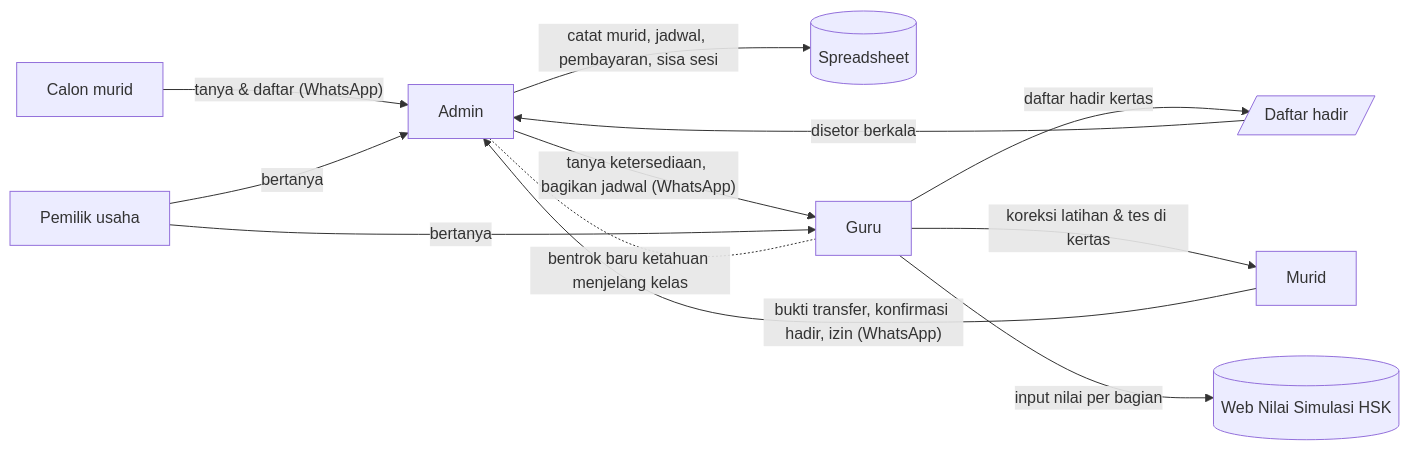
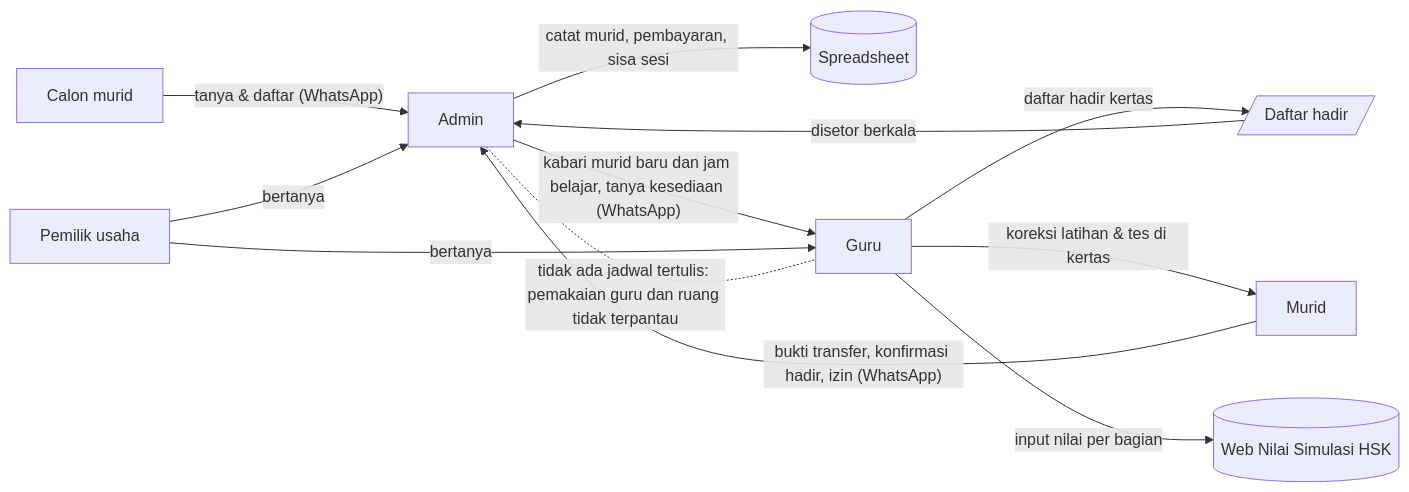
Before and after one commit to lightningxian/chinese-tracker: the first of 4 diagrams in docs/thesis/BAB_III_PROSES_BISNIS.md, drawn with Mermaid. The commit also changed other lines of this file and 8 other files, not shown here.

````diff
--- a/docs/thesis/BAB_III_PROSES_BISNIS.md
+++ b/docs/thesis/BAB_III_PROSES_BISNIS.md
@@ -170,15 +158,15 @@
 ```mermaid
-%% Alat bantu menggambar Gambar 3.5 (bukan isi buku)
+%% Alat bantu menggambar Gambar 3.4 (bukan isi buku)
 flowchart LR
   CM[Calon murid] -- "tanya & daftar (WhatsApp)" --> A[Admin]
   M[Murid] -- "bukti transfer, konfirmasi hadir, izin (WhatsApp)" --> A
-  A -- "catat murid, jadwal, pembayaran, sisa sesi" --> S[(Spreadsheet)]
-  A -- "tanya ketersediaan, bagikan jadwal (WhatsApp)" --> G[Guru]
+  A -- "catat murid, pembayaran, sisa sesi" --> S[(Spreadsheet)]
+  A -- "kabari murid baru dan jam belajar, tanya kesediaan (WhatsApp)" --> G[Guru]
   G -- "daftar hadir kertas" --> K[/Daftar hadir/]
   K -- "disetor berkala" --> A
   G -- "koreksi latihan & tes di kertas" --> M
   G -- "input nilai per bagian" --> W[(Web Nilai Simulasi HSK)]
   P[Pemilik usaha] -- "bertanya" --> A
   P -- "bertanya" --> G
-  A -. "bentrok baru ketahuan menjelang kelas" .- G
+  A -. "tidak ada jadwal tertulis: pemakaian guru dan ruang tidak terpantau" .- G
 ```
````
